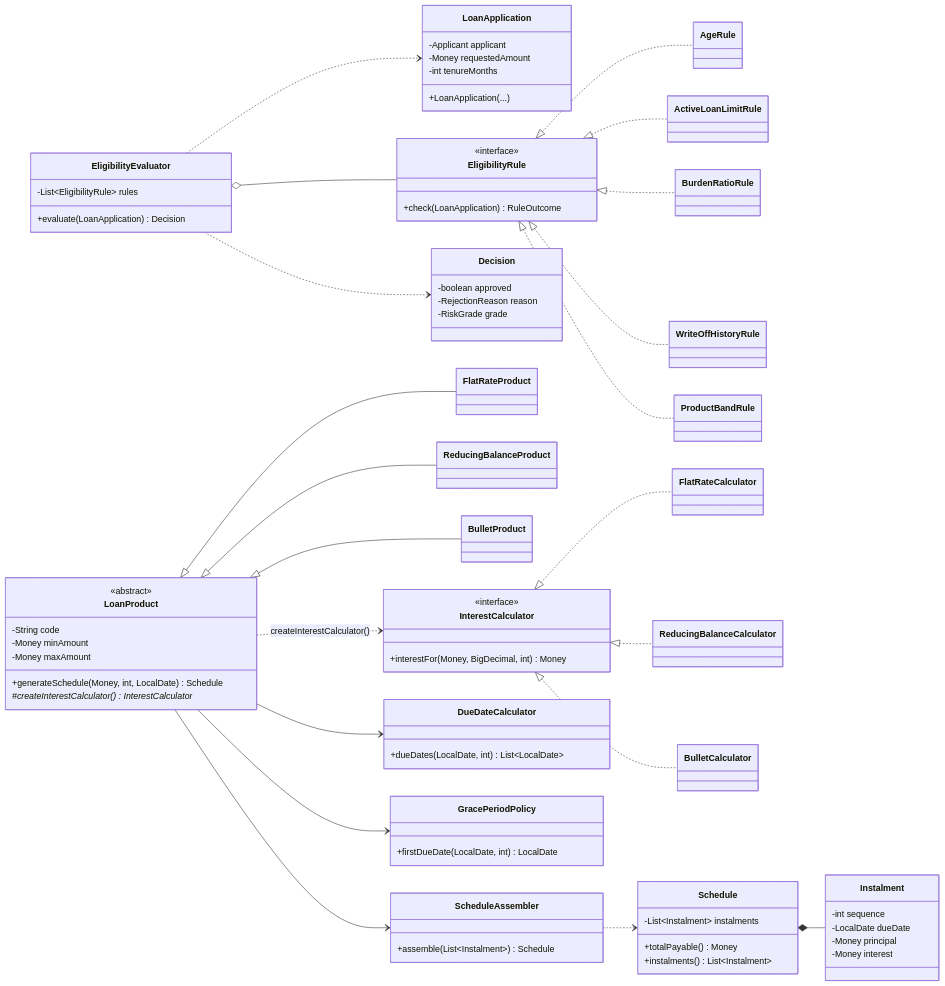
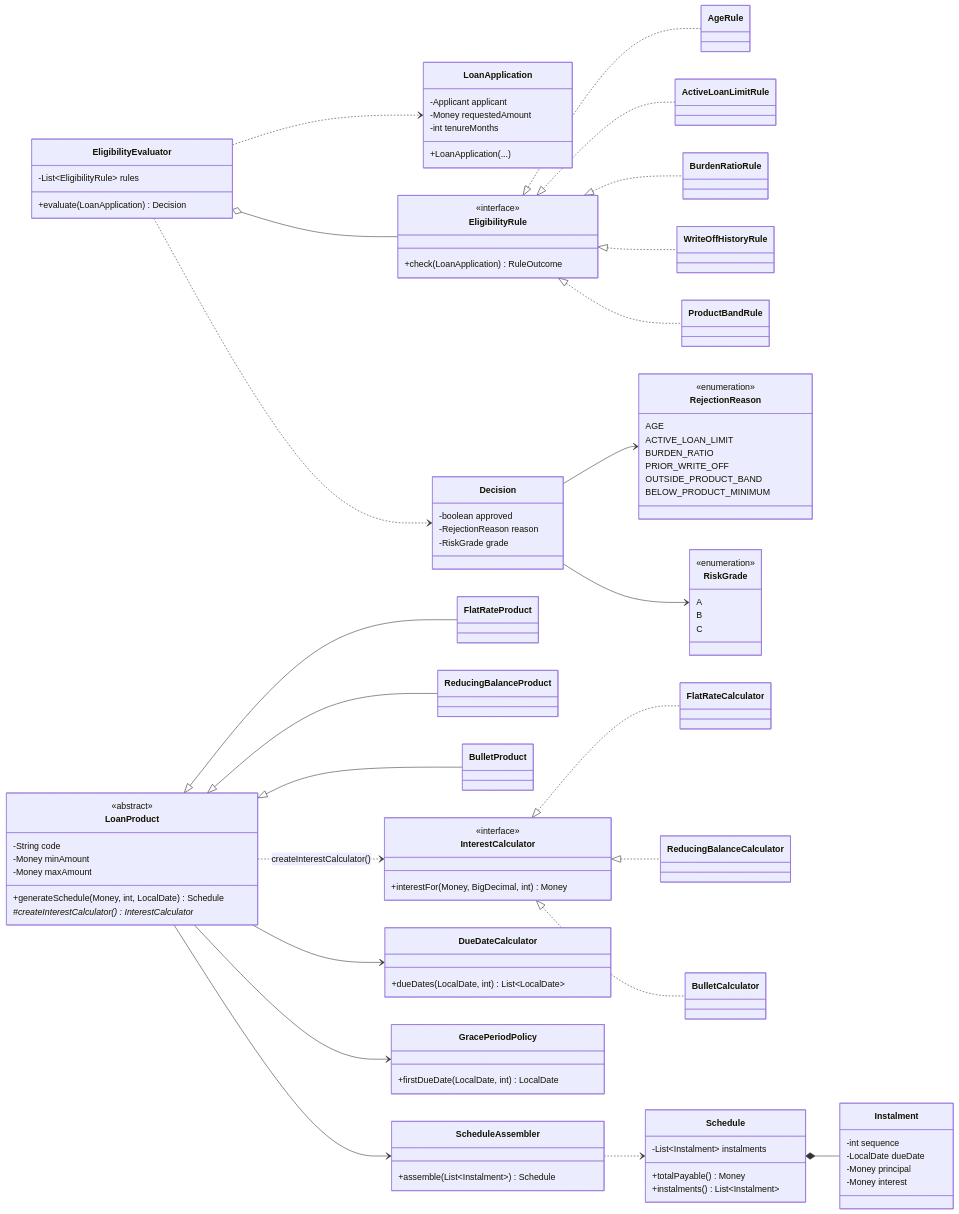
One commit to MicroLend-SE423/microlend changed the first of 5 diagrams in docs/M1-SE423-Proposal-OOD-Pattern-Plan.md. Above: the diagram before and after it, drawn with Mermaid. The commit also changed other lines of this file and 12 other files, not shown here.

```diff
--- a/docs/M1-SE423-Proposal-OOD-Pattern-Plan.md
+++ b/docs/M1-SE423-Proposal-OOD-Pattern-Plan.md
@@ -157,6 +156,21 @@
         -boolean approved
         -RejectionReason reason
         -RiskGrade grade
+    }
+    class RejectionReason {
+        <<enumeration>>
+        AGE
+        ACTIVE_LOAN_LIMIT
+        BURDEN_RATIO
+        PRIOR_WRITE_OFF
+        OUTSIDE_PRODUCT_BAND
+        BELOW_PRODUCT_MINIMUM
+    }
+    class RiskGrade {
+        <<enumeration>>
+        A
+        B
+        C
     }
 
     class LoanProduct {
@@ -206,6 +220,8 @@
     EligibilityRule <|.. ProductBandRule
     EligibilityEvaluator ..> LoanApplication
     EligibilityEvaluator ..> Decision
+    Decision --> RejectionReason
+    Decision --> RiskGrade
 
     LoanProduct <|-- FlatRateProduct
     LoanProduct <|-- ReducingBalanceProduct
```
